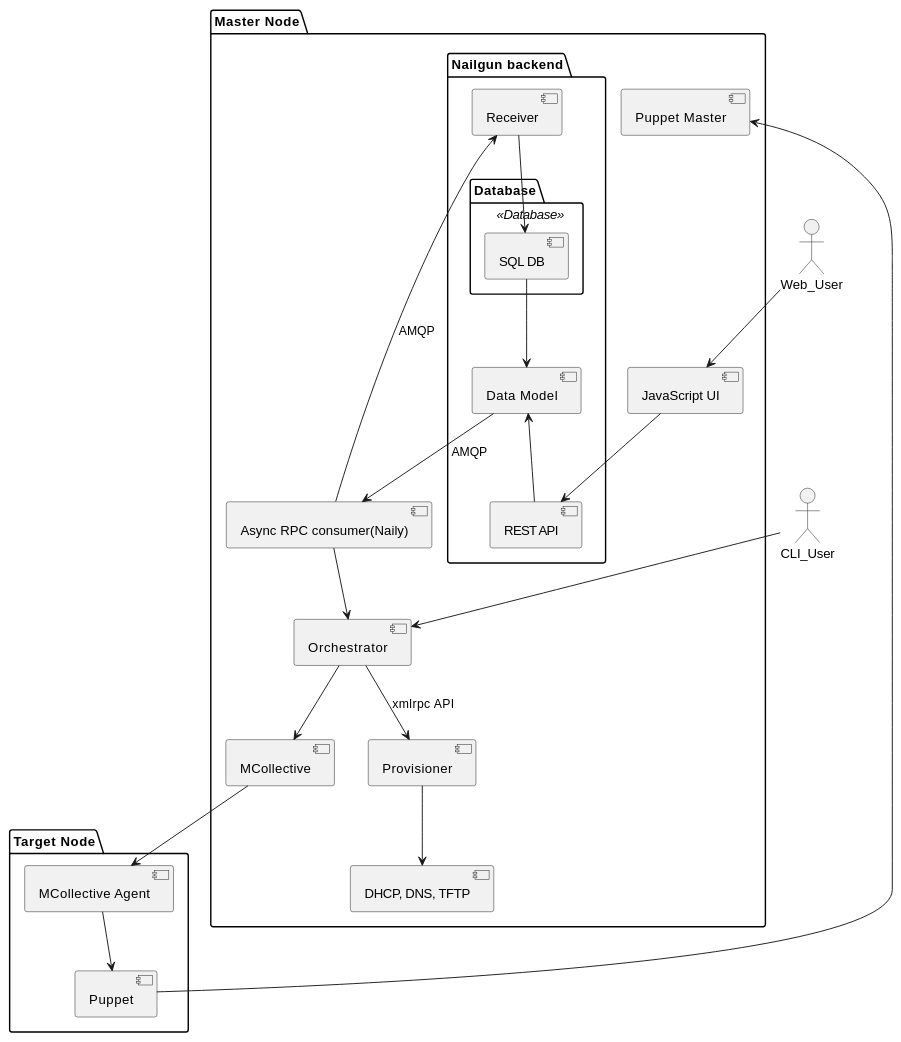
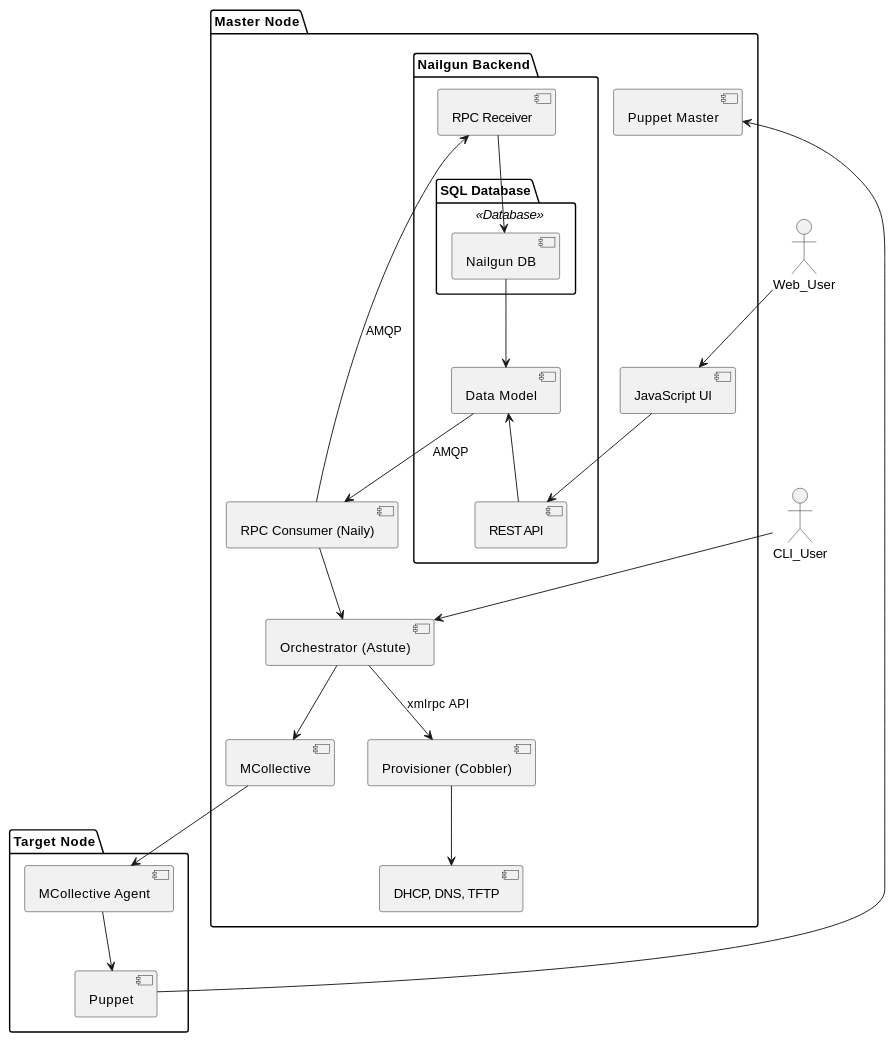
The diagram in docs/develop/logical_arch.rst (openstack-archive/fuel-main), drawn with PlantUML before and after one commit. The commit also changed other lines of this file, not shown here.

Commit message:
Logical Architecture: use more specific names for components (Astute, Cobbler, Nailgun DB)

```diff
--- a/docs/develop/logical_arch.rst
+++ b/docs/develop/logical_arch.rst
@@ -6,32 +6,32 @@
  .. uml::
     package "Master Node" {
         [JavaScript UI]
-        package "Nailgun backend" {
-            package "Database" <<Database>> {
-                [SQL DB]
+        package "Nailgun Backend" {
+            package "SQL Database" <<Database>> {
+                [Nailgun DB]
             }
-            [SQL DB] --> [Data Model]
+            [Nailgun DB] --> [Data Model]
             [Data Model] <-- [REST API]
-            [Receiver] --> [SQL DB]
+            [RPC Receiver] --> [Nailgun DB]
         }
-        [Provisioner] --> [DHCP, DNS, TFTP]
-        [Data Model] --> [Async RPC consumer(Naily)] : AMQP
-        [Async RPC consumer(Naily)] --> [Receiver] : AMQP
-        [Async RPC consumer(Naily)] --> [Orchestrator]
-        [Orchestrator] --> [MCollective]
+        [Provisioner (Cobbler)] --> [DHCP, DNS, TFTP]
+        [Data Model] --> [RPC Consumer (Naily)] : AMQP
+        [RPC Consumer (Naily)] --> [RPC Receiver] : AMQP
+        [RPC Consumer (Naily)] --> [Orchestrator (Astute)]
+        [Orchestrator (Astute)] --> [MCollective]
         [Puppet Master]
     }
     package "Target Node" {
         [MCollective Agent] --> [Puppet]
     }
     actor Web_User
     actor CLI_User
     Web_User --> [JavaScript UI]
-    CLI_User --> [Orchestrator]
+    CLI_User --> [Orchestrator (Astute)]
 
     [JavaScript UI] --> [REST API]
 
-    [Orchestrator] --> [Provisioner] : xmlrpc API
+    [Orchestrator (Astute)] --> [Provisioner (Cobbler)] : xmlrpc API
 
     [MCollective] --> [MCollective Agent]
     [Puppet] --> [Puppet Master]
```
